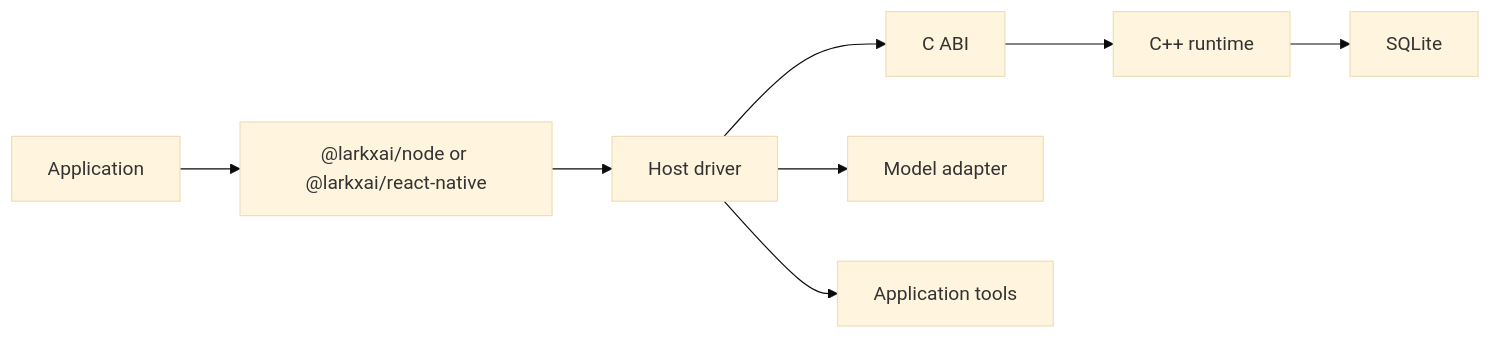
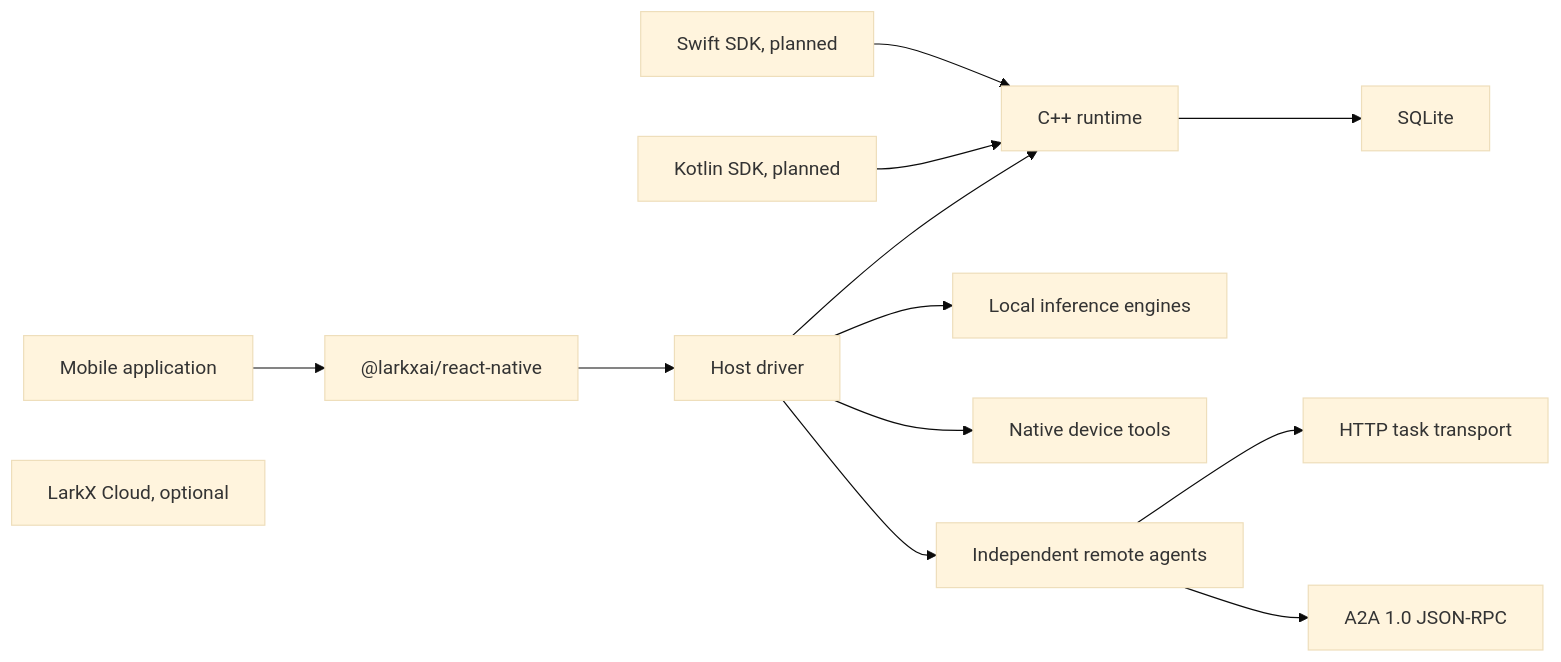
The diagram in data/readmes/larkxai__larkx.md (zqf20096327/dbhub_collect), drawn with Mermaid (base theme) before and after one commit. The commit also changed other lines of this file and 701 other files, not shown here.

````diff
--- a/data/readmes/larkxai__larkx.md
+++ b/data/readmes/larkxai__larkx.md
@@ -190,10 +228,15 @@
 ```mermaid
 flowchart LR
-  app["Application"] --> sdk["@larkxai/node or @larkxai/react-native"]
-  sdk --> driver["Host driver"]
-  driver --> abi["C ABI"]
-  abi --> core["C++ runtime"]
+  app["Mobile application"] --> rn["@larkxai/react-native"]
+  swift["Swift SDK, planned"] --> core["C++ runtime"]
+  kotlin["Kotlin SDK, planned"] --> core
+  rn --> driver["Host driver"]
+  driver --> core
   core --> db["SQLite"]
-  driver --> model["Model adapter"]
-  driver --> tools["Application tools"]
+  driver --> inference["Local inference engines"]
+  driver --> tools["Native device tools"]
+  driver --> remote["Independent remote agents"]
+  remote --> http["HTTP task transport"]
+  remote --> a2a["A2A 1.0 JSON-RPC"]
+  cloud["LarkX Cloud, optional"]
 ```
````
